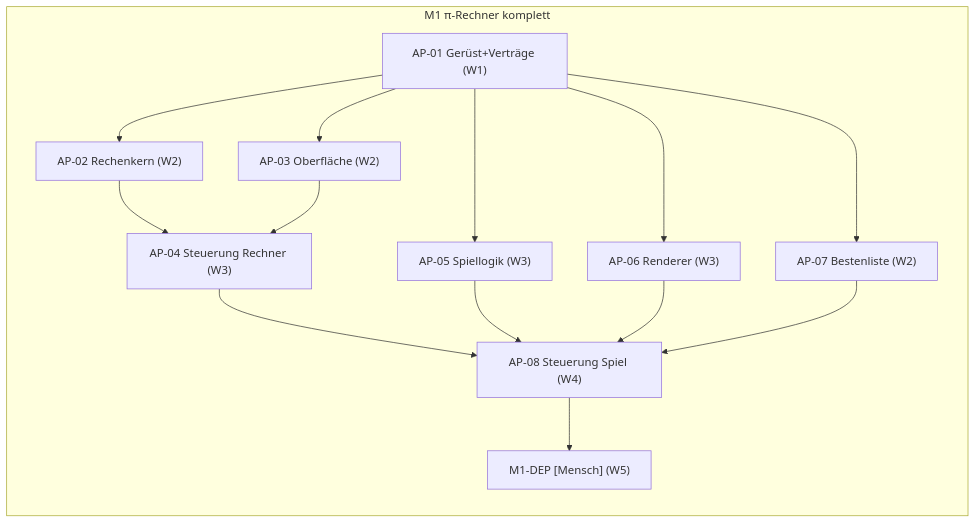
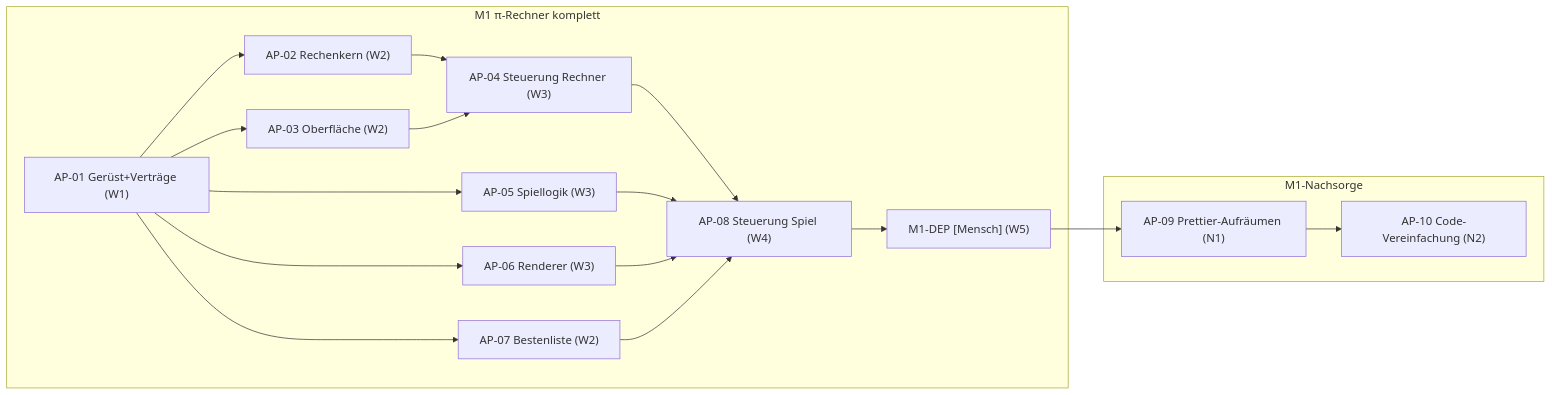
The third of 3 diagrams in docs/masterBuildPlan.md (CemDCoding/flappyPiCalculator), drawn with Mermaid before and after one commit. The commit also changed other lines of this file, not shown here.

````diff
--- a/docs/masterBuildPlan.md
+++ b/docs/masterBuildPlan.md
@@ -408,17 +423,21 @@
 ```mermaid
 flowchart LR
   subgraph M1["M1 π-Rechner komplett"]
     AP01["AP-01 Gerüst+Verträge (W1)"] --> AP02["AP-02 Rechenkern (W2)"]
     AP01 --> AP03["AP-03 Oberfläche (W2)"]
     AP01 --> AP07["AP-07 Bestenliste (W2)"]
     AP01 --> AP05["AP-05 Spiellogik (W3)"]
     AP01 --> AP06["AP-06 Renderer (W3)"]
     AP02 --> AP04["AP-04 Steuerung Rechner (W3)"]
     AP03 --> AP04
     AP04 --> AP08["AP-08 Steuerung Spiel (W4)"]
     AP05 --> AP08
     AP06 --> AP08
     AP07 --> AP08
     AP08 --> M1DEP["M1-DEP [Mensch] (W5)"]
   end
+  subgraph NS["M1-Nachsorge"]
+    AP09["AP-09 Prettier-Aufräumen (N1)"] --> AP10["AP-10 Code-Vereinfachung (N2)"]
+  end
+  M1DEP --> AP09
 ```
````
